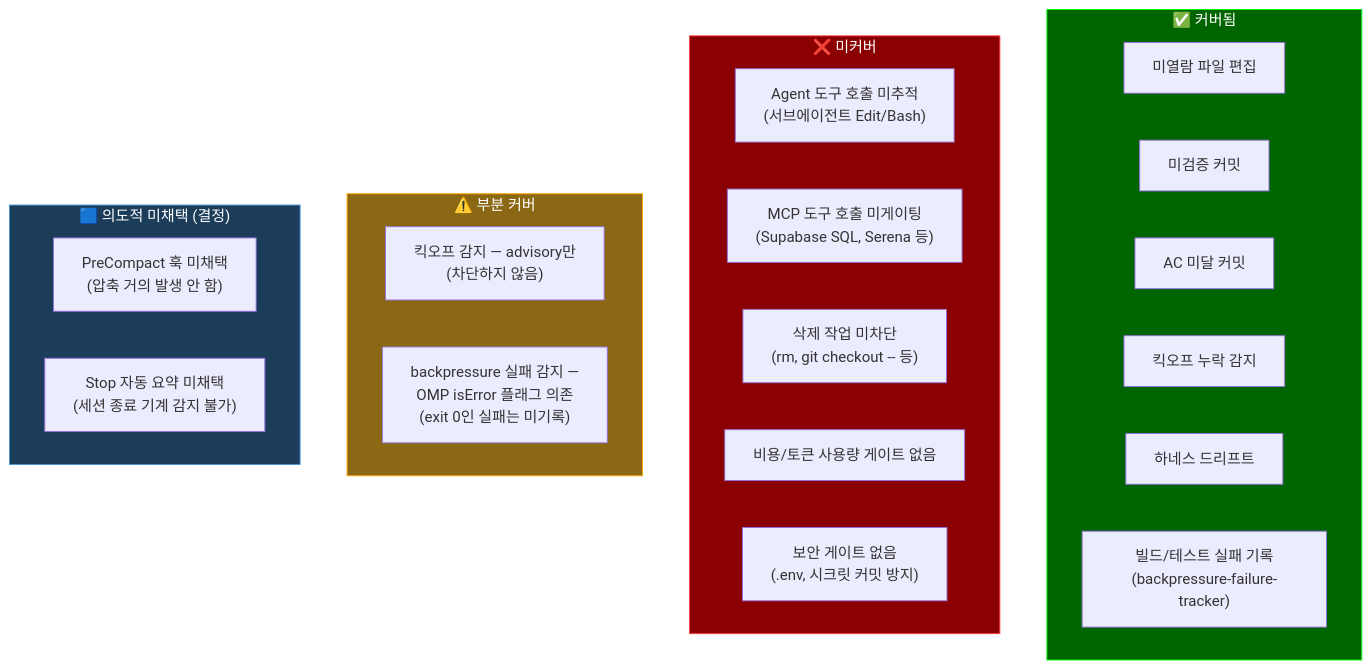
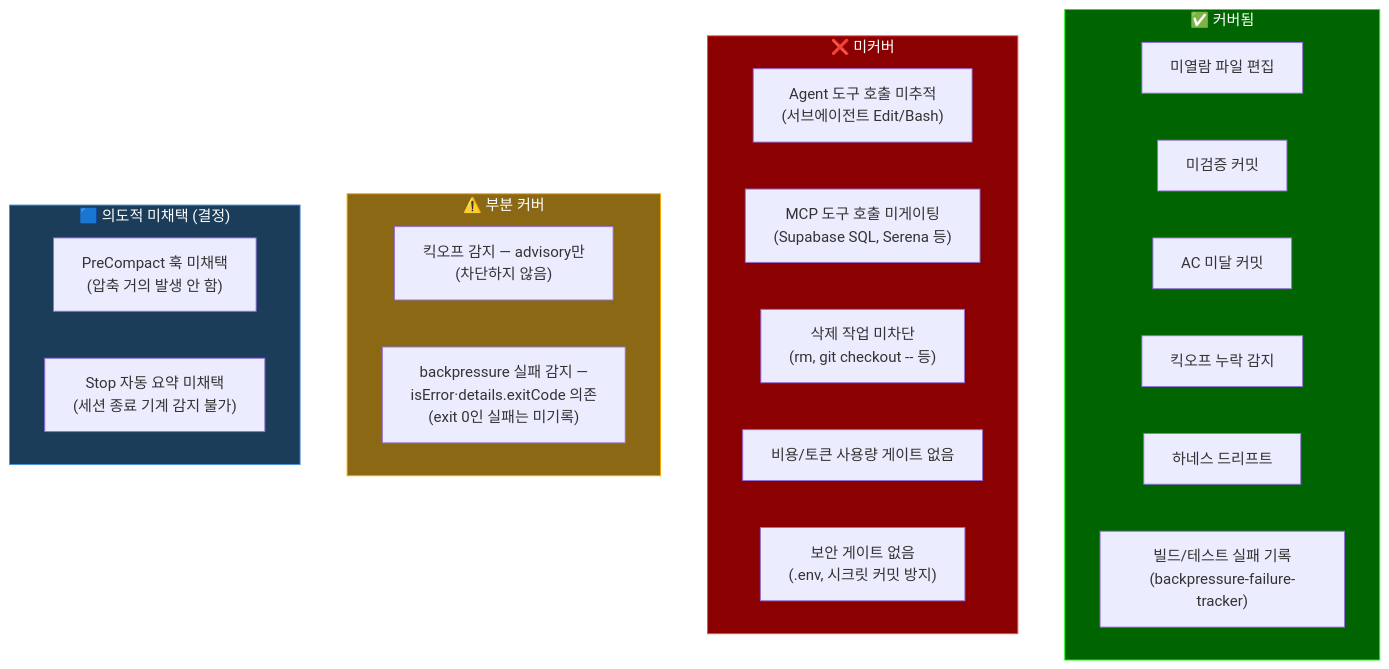
Before and after one commit to rae-hugo-kim/omp: the fifth of 7 diagrams in docs/architecture/harness-architecture.md, drawn with Mermaid. The commit also changed other lines of this file and 7 other files, not shown here.

Commit message:
fix(harness): bash 비-0 exit를 details.exitCode로 판정해 FAIL 라우팅 + edit 입력 양형 지원

````diff
--- a/docs/architecture/harness-architecture.md
+++ b/docs/architecture/harness-architecture.md
@@ -219,34 +219,34 @@
 ```mermaid
 flowchart TB
     subgraph covered["✅ 커버됨"]
         C2[미열람 파일 편집]
         C3[미검증 커밋]
         C4[AC 미달 커밋]
         C5[킥오프 누락 감지]
         C6[하네스 드리프트]
         C7["빌드/테스트 실패 기록<br/>(backpressure-failure-tracker)"]
     end
 
     subgraph gaps["❌ 미커버"]
         G2["Agent 도구 호출 미추적<br/>(서브에이전트 Edit/Bash)"]
         G3["MCP 도구 호출 미게이팅<br/>(Supabase SQL, Serena 등)"]
         G4["삭제 작업 미차단<br/>(rm, git checkout -- 등)"]
         G5["비용/토큰 사용량 게이트 없음"]
         G6["보안 게이트 없음<br/>(.env, 시크릿 커밋 방지)"]
     end
 
     subgraph partial["⚠️ 부분 커버"]
         P1["킥오프 감지 — advisory만<br/>(차단하지 않음)"]
-        P2["backpressure 실패 감지 —<br/>OMP isError 플래그 의존<br/>(exit 0인 실패는 미기록)"]
+        P2["backpressure 실패 감지 —<br/>isError·details.exitCode 의존<br/>(exit 0인 실패는 미기록)"]
     end
 
     subgraph decided["🟦 의도적 미채택 (결정)"]
         G7["PreCompact 훅 미채택<br/>(압축 거의 발생 안 함)"]
         G8["Stop 자동 요약 미채택<br/>(세션 종료 기계 감지 불가)"]
     end
 
     style gaps fill:#8b0000,stroke:#ff4444,color:#fff
     style partial fill:#8b6914,stroke:#ffa500,color:#fff
     style decided fill:#1c3d5a,stroke:#4a90d9,color:#fff
     style covered fill:#006400,stroke:#00ff00,color:#fff
 ```
````
